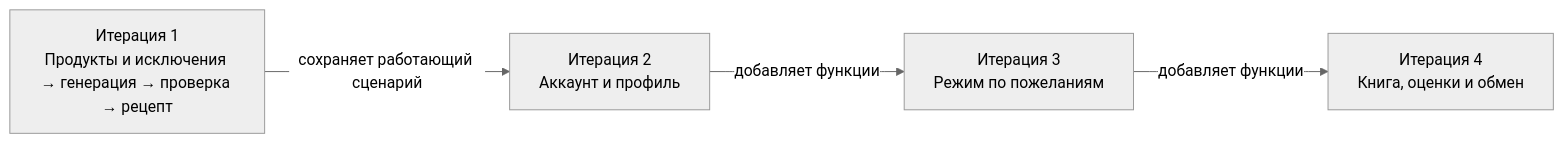
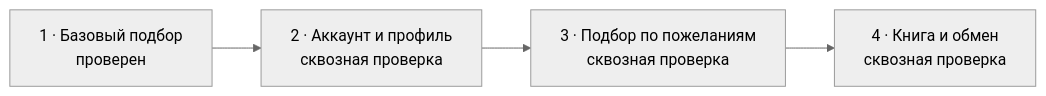
One commit to Tor250/SmartBite changed the fourth of 4 diagrams in architecture/c4.md. Above: the diagram before and after it, drawn with Mermaid (neutral theme). The commit also changed other lines of this file and 1 other file, not shown here.

````diff
--- a/architecture/c4.md
+++ b/architecture/c4.md
@@ -56,10 +58,8 @@
 ```mermaid
 flowchart LR
-    i1["Итерация 1<br/>Продукты и исключения → генерация → проверка → рецепт"]
-    i2["Итерация 2<br/>Аккаунт и профиль"]
-    i3["Итерация 3<br/>Режим по пожеланиям"]
-    i4["Итерация 4<br/>Книга, оценки и обмен"]
-    i1 -->|сохраняет работающий сценарий| i2
-    i2 -->|добавляет функции| i3
-    i3 -->|добавляет функции| i4
+    i1["1 · Базовый подбор<br/>проверен"]
+    i2["2 · Аккаунт и профиль<br/>сквозная проверка"]
+    i3["3 · Подбор по пожеланиям<br/>сквозная проверка"]
+    i4["4 · Книга и обмен<br/>сквозная проверка"]
+    i1 --> i2 --> i3 --> i4
 ```
````
